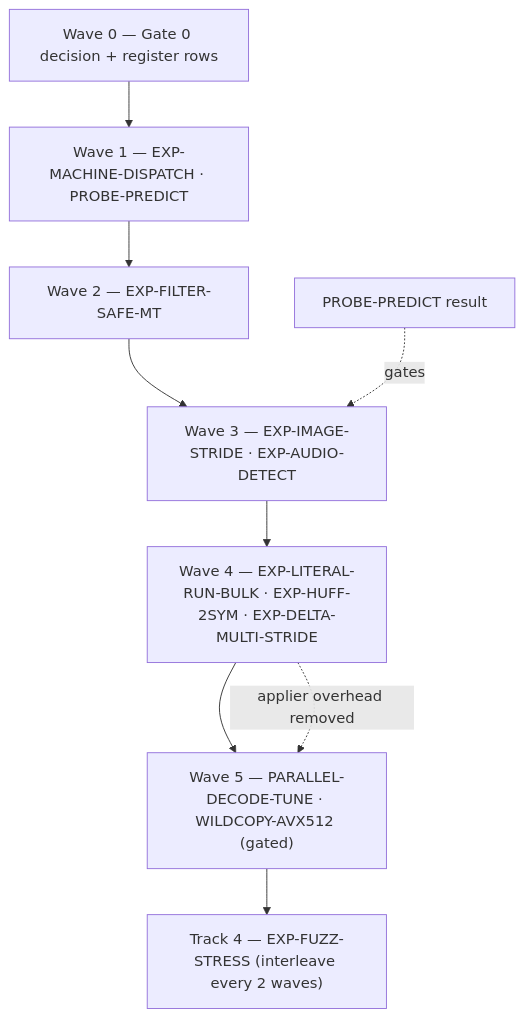
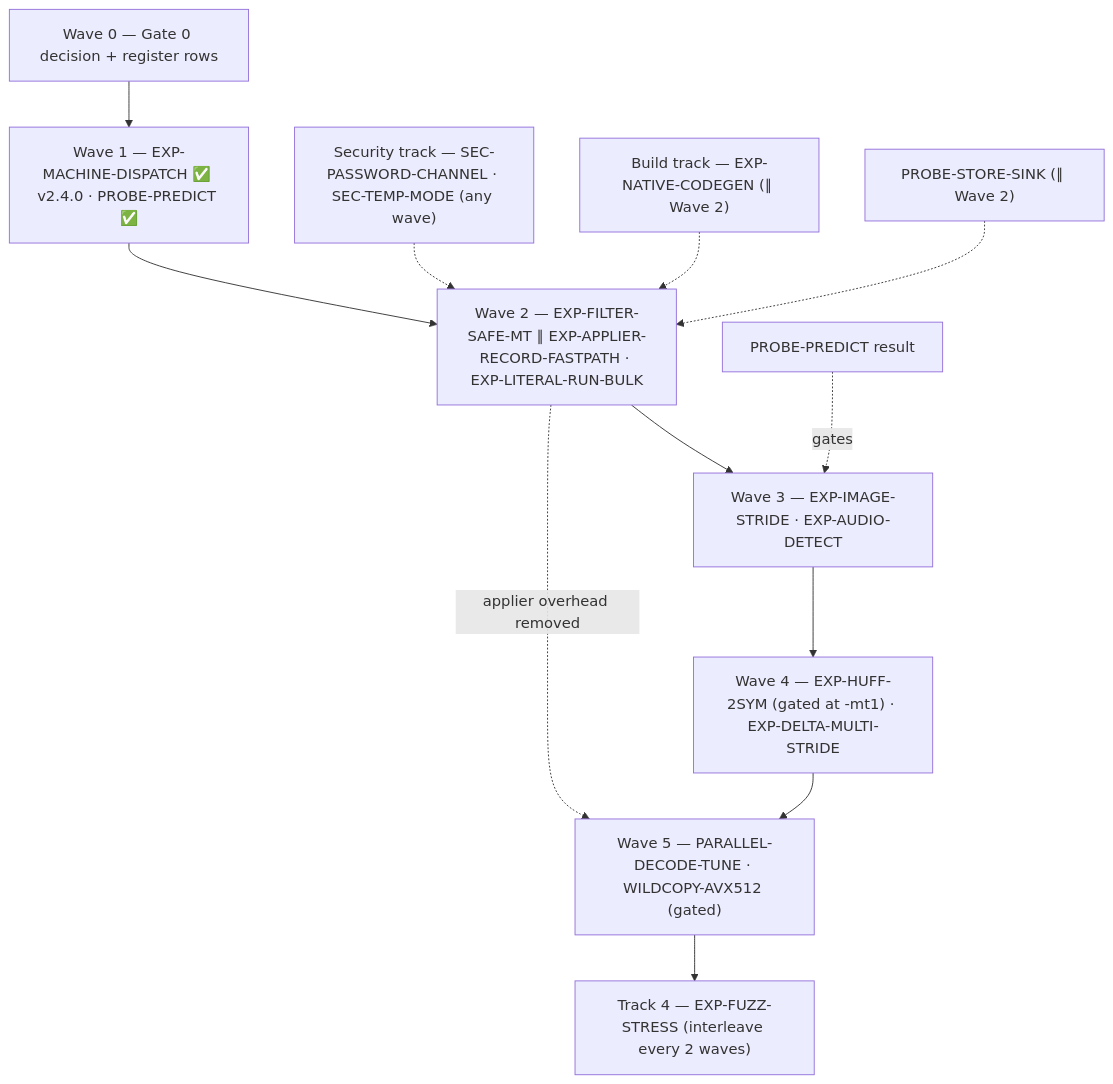
One commit to geometric-dev/openrar changed the diagram in docs/experimentation-roadmap.md. Above: the diagram before and after it, drawn with Mermaid. The commit also changed other lines of this file and 2 other files, not shown here.

First line of the commit message:
docs(roadmap): re-baseline the experimentation backlog to v2.4.0

````diff
--- a/docs/experimentation-roadmap.md
+++ b/docs/experimentation-roadmap.md
@@ -328,12 +392,15 @@
 ```mermaid
 graph TD
     W0["Wave 0 — Gate 0 decision + register rows"] --> W1
-    W1["Wave 1 — EXP-MACHINE-DISPATCH · PROBE-PREDICT"] --> W2
-    W2["Wave 2 — EXP-FILTER-SAFE-MT"] --> W3
+    W1["Wave 1 — EXP-MACHINE-DISPATCH ✅ v2.4.0 · PROBE-PREDICT ✅"] --> W2
+    SEC["Security track — SEC-PASSWORD-CHANNEL · SEC-TEMP-MODE (any wave)"] -.-> W2
+    BUILD["Build track — EXP-NATIVE-CODEGEN (∥ Wave 2)"] -.-> W2
+    SPROBE["PROBE-STORE-SINK (∥ Wave 2)"] -.-> W2
+    W2["Wave 2 — EXP-FILTER-SAFE-MT ∥ EXP-APPLIER-RECORD-FASTPATH · EXP-LITERAL-RUN-BULK"] --> W3
     W3["Wave 3 — EXP-IMAGE-STRIDE · EXP-AUDIO-DETECT"] --> W4
-    W4["Wave 4 — EXP-LITERAL-RUN-BULK · EXP-HUFF-2SYM · EXP-DELTA-MULTI-STRIDE"] --> W5
+    W4["Wave 4 — EXP-HUFF-2SYM (gated at -mt1) · EXP-DELTA-MULTI-STRIDE"] --> W5
     W5["Wave 5 — PARALLEL-DECODE-TUNE · WILDCOPY-AVX512 (gated)"] --> W6
     W6["Track 4 — EXP-FUZZ-STRESS (interleave every 2 waves)"]
     PROBE["PROBE-PREDICT result"] -.->|gates| W3
-    W4 -.->|applier overhead removed| W5
+    W2 -.->|applier overhead removed| W5
 ```
````
